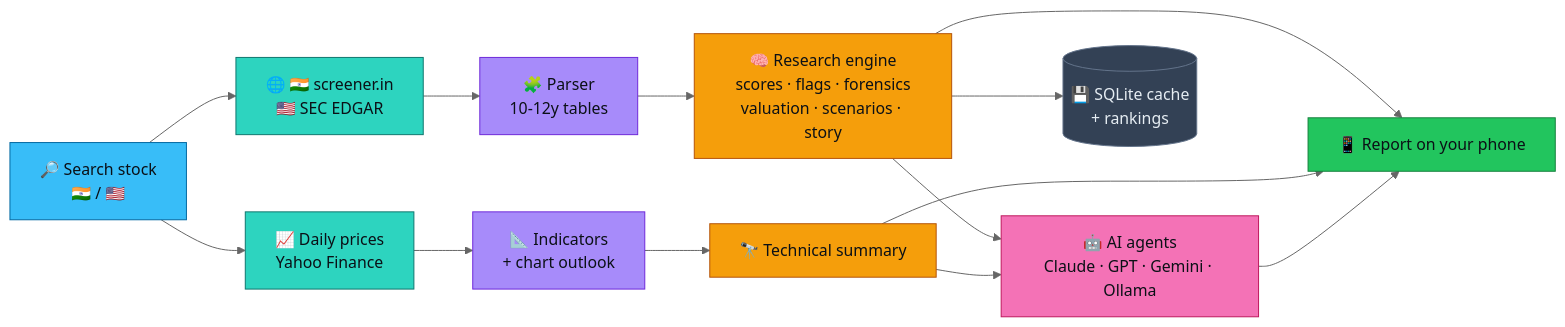
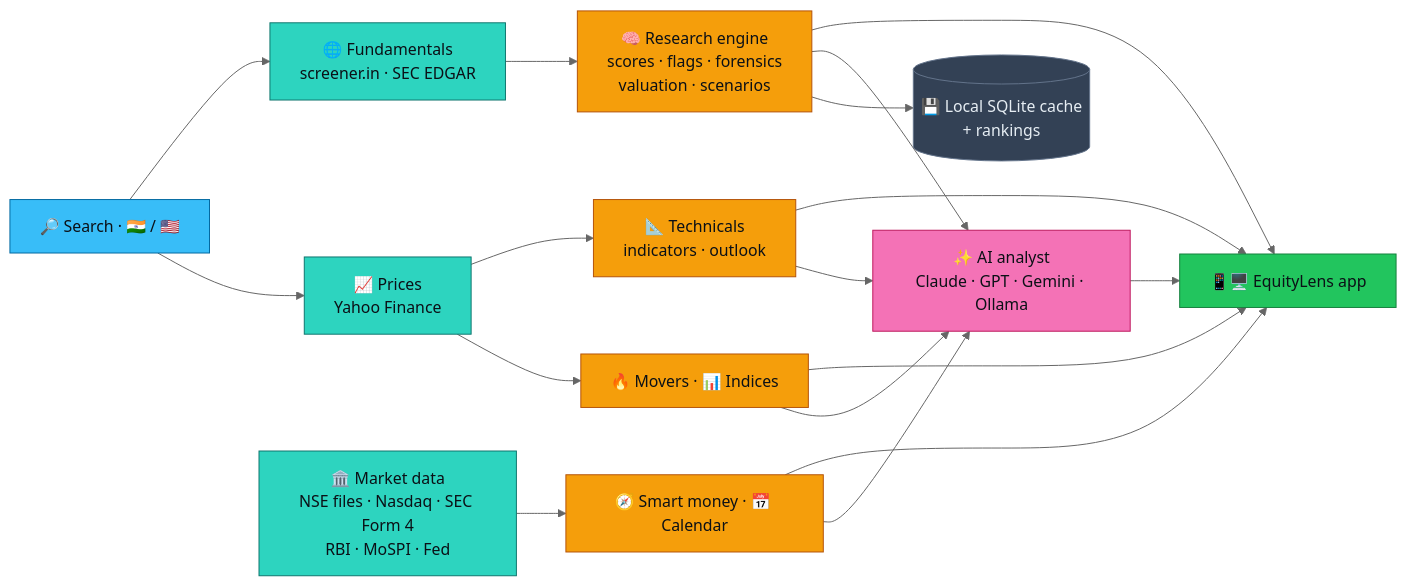
The diagram in README.md (dhanunjaya-kd/equitylens), drawn with Mermaid (neutral theme) before and after one commit. The commit also changed other lines of this file, not shown here.

````diff
--- a/README.md
+++ b/README.md
@@ -345,22 +330,26 @@
 ```mermaid
 flowchart LR
-    A[🔎 Search stock<br/>🇮🇳 / 🇺🇸]:::blue --> B[🌐 🇮🇳 screener.in<br/>🇺🇸 SEC EDGAR]:::teal
-    A --> C[📈 Daily prices<br/>Yahoo Finance]:::teal
-    B --> D[🧩 Parser<br/>10-12y tables]:::purple
-    C --> E[📐 Indicators<br/>+ chart outlook]:::purple
-    D --> F[🧠 Research engine<br/>scores · flags · forensics<br/>valuation · scenarios · story]:::amber
-    E --> G[🔭 Technical summary]:::amber
-    F --> H[📱 Report on your phone]:::green
-    G --> H
-    F --> J[🤖 AI agents<br/>Claude · GPT · Gemini · Ollama]:::pink
-    G --> J
-    J --> H
-    F --> I[(💾 SQLite cache<br/>+ rankings)]:::grey
+    S[🔎 Search · 🇮🇳 / 🇺🇸]:::blue --> F[🌐 Fundamentals<br/>screener.in · SEC EDGAR]:::teal
+    S --> P[📈 Prices<br/>Yahoo Finance]:::teal
+    M[🏛️ Market data<br/>NSE files · Nasdaq · SEC Form 4<br/>RBI · MoSPI · Fed]:::teal
+    F --> E[🧠 Research engine<br/>scores · flags · forensics<br/>valuation · scenarios]:::amber
+    P --> T[📐 Technicals<br/>indicators · outlook]:::amber
+    P --> V[🔥 Movers · 📊 Indices]:::amber
+    M --> W[🧭 Smart money · 📅 Calendar]:::amber
+    E --> UI[📱🖥️ EquityLens app]:::green
+    T --> UI
+    V --> UI
+    W --> UI
+    E --> AI[✨ AI analyst<br/>Claude · GPT · Gemini · Ollama]:::pink
+    T --> AI
+    V --> AI
+    W --> AI
+    AI --> UI
+    E --> DB[(💾 Local SQLite cache<br/>+ rankings)]:::grey
     classDef blue fill:#38bdf8,stroke:#0369a1,color:#0b1016
     classDef teal fill:#2dd4bf,stroke:#0f766e,color:#0b1016
-    classDef purple fill:#a78bfa,stroke:#6d28d9,color:#0b1016
     classDef amber fill:#f59e0b,stroke:#b45309,color:#0b1016
     classDef green fill:#22c55e,stroke:#15803d,color:#0b1016
     classDef pink fill:#f472b6,stroke:#be185d,color:#0b1016
     classDef grey fill:#334155,stroke:#64748b,color:#e6edf3
 ```
````
